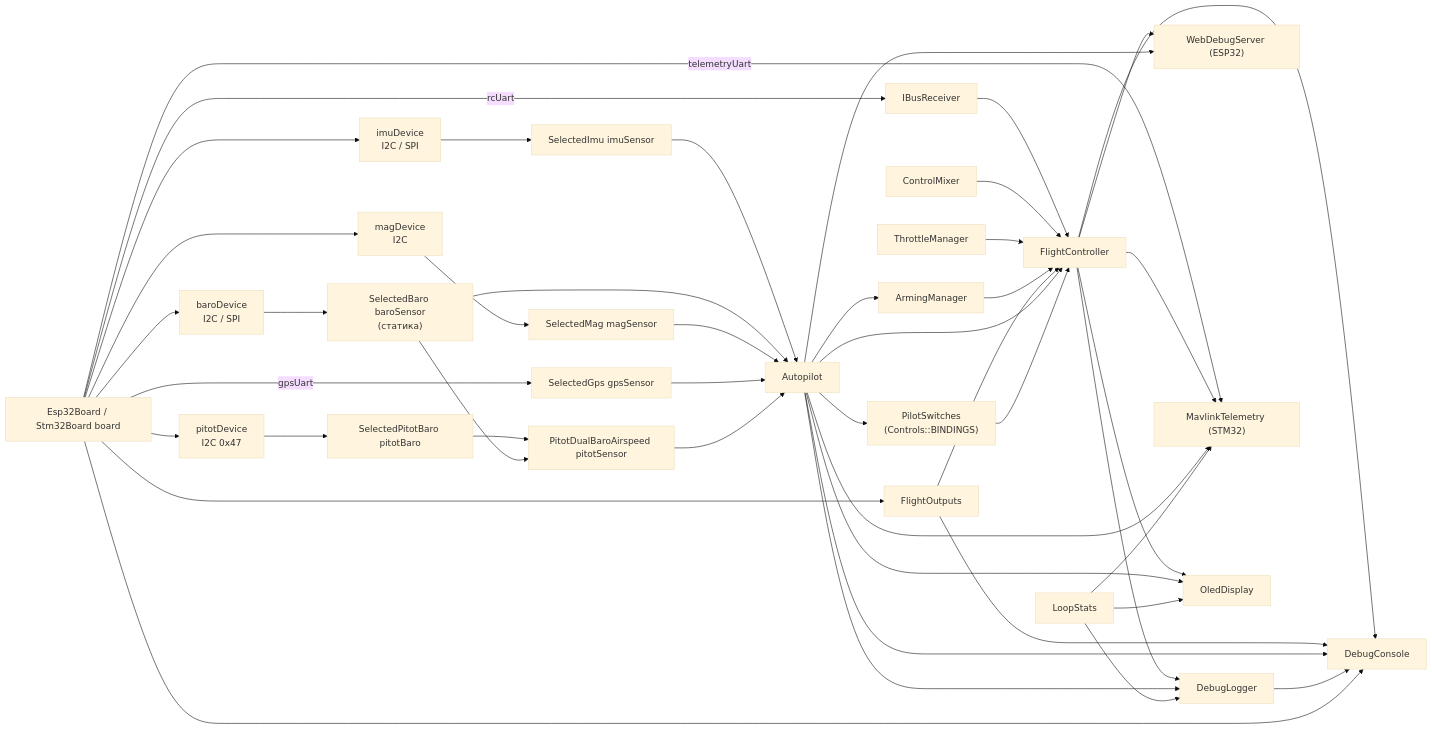
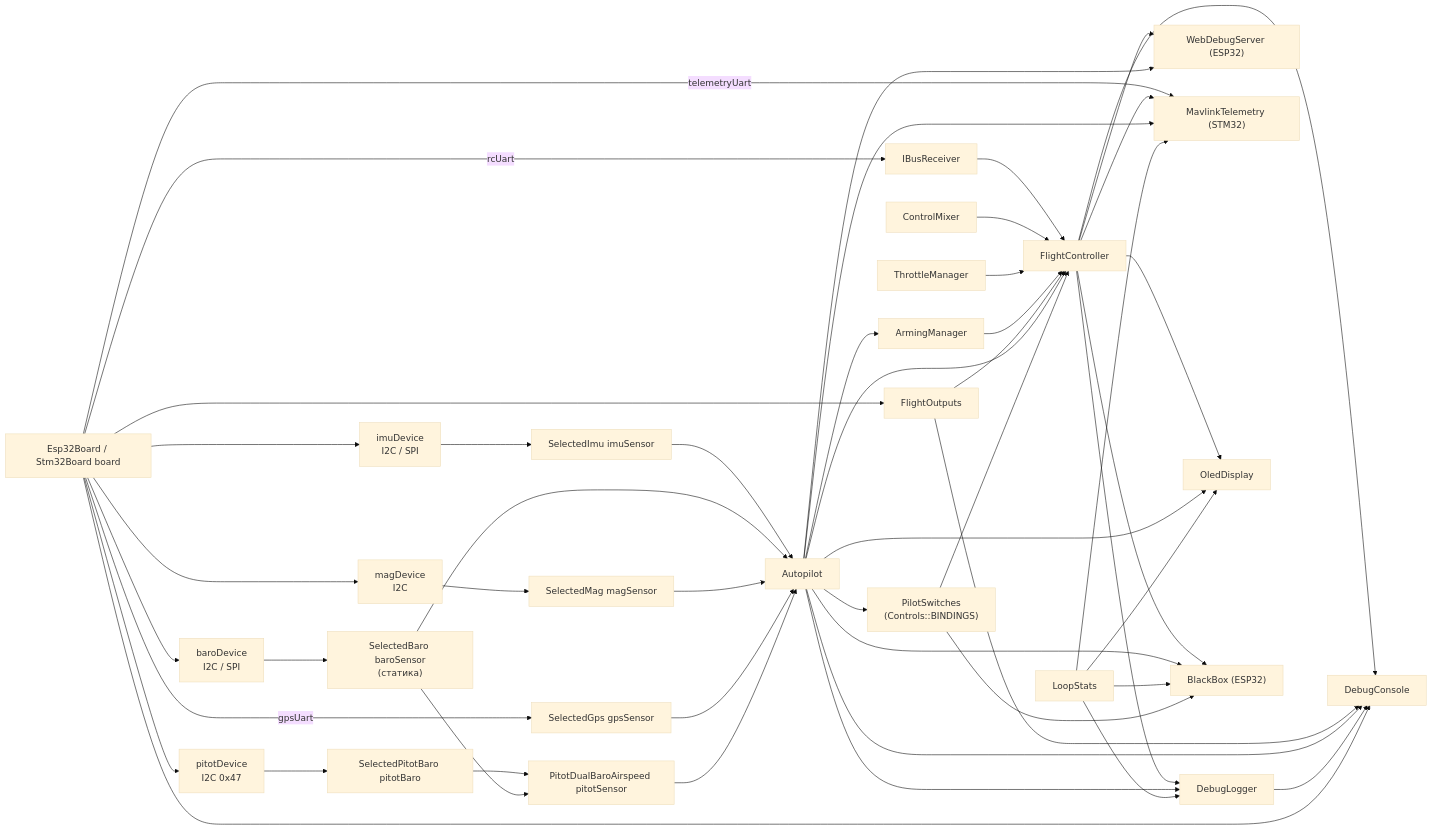
Before and after one commit to damir-lebedev/OpenPlaneProject: the second of 10 diagrams in docs/ARCHITECTURE.md, drawn with Mermaid (base theme). The commit also changed other lines of this file and 30 other files, not shown here.

````diff
--- a/docs/ARCHITECTURE.md
+++ b/docs/ARCHITECTURE.md
@@ -139,48 +139,50 @@
 ```mermaid
 flowchart LR
     board["Esp32Board / Stm32Board board"]
     imuDev["imuDevice<br/>I2C / SPI"]
     baroDev["baroDevice<br/>I2C / SPI"]
     magDev["magDevice<br/>I2C"]
     pitotDev["pitotDevice<br/>I2C 0x47"]
     imu["SelectedImu imuSensor"]
     baro["SelectedBaro baroSensor<br/>(статика)"]
     mag["SelectedMag magSensor"]
     gps["SelectedGps gpsSensor"]
     pitotBaro["SelectedPitotBaro pitotBaro"]
     pitot["PitotDualBaroAirspeed pitotSensor"]
     rx["IBusReceiver"]
     mixer["ControlMixer"]
     thr["ThrottleManager"]
     outs["FlightOutputs"]
     ap["Autopilot"]
     sw["PilotSwitches<br/>(Controls::BINDINGS)"]
     arm["ArmingManager"]
     fc["FlightController"]
     stats["LoopStats"]
     log["DebugLogger"]
     con["DebugConsole"]
     web["WebDebugServer (ESP32)"]
     mav["MavlinkTelemetry (STM32)"]
     oled["OledDisplay"]
+    bb["BlackBox (ESP32)"]
 
     board --> imuDev & baroDev & magDev & pitotDev
     imuDev --> imu
     baroDev --> baro
     magDev --> mag
     pitotDev --> pitotBaro
     pitotBaro & baro --> pitot
     board -- gpsUart --> gps
     board -- rcUart --> rx
     board -- telemetryUart --> mav
     board --> outs
     imu & baro & mag & gps & pitot --> ap
     ap --> sw
     ap --> arm
     rx & mixer & thr & arm & outs & ap & sw --> fc
     fc & ap & stats --> log
     fc & outs & ap & log & board --> con
     fc & ap --> web
     fc & ap & stats --> mav
     fc & ap & stats --> oled
+    fc & ap & stats & sw --> bb
 ```
````
